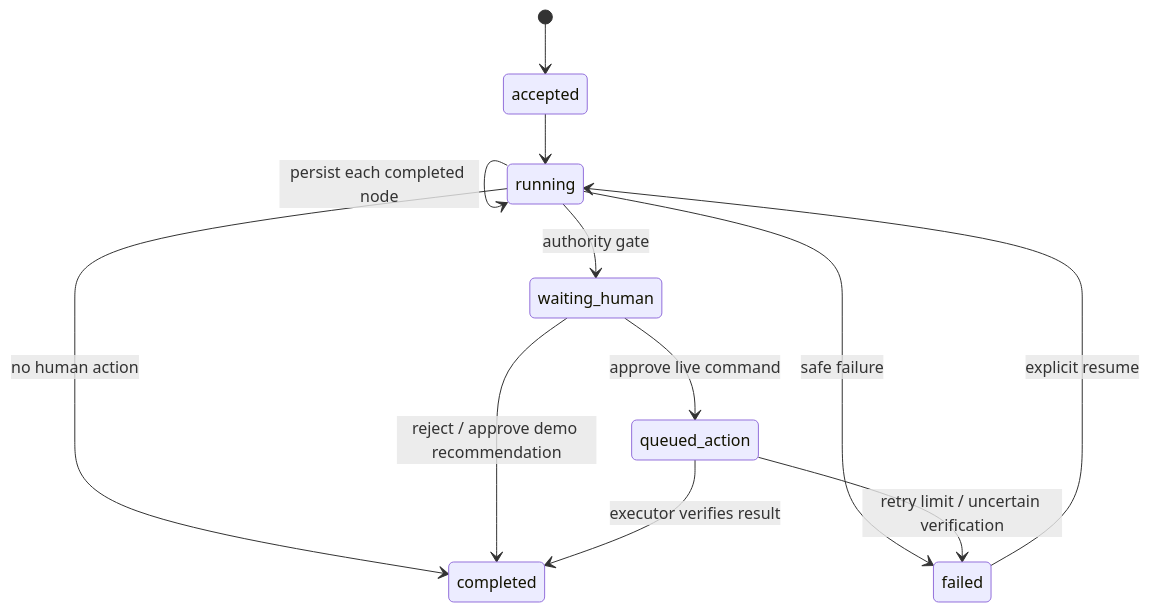
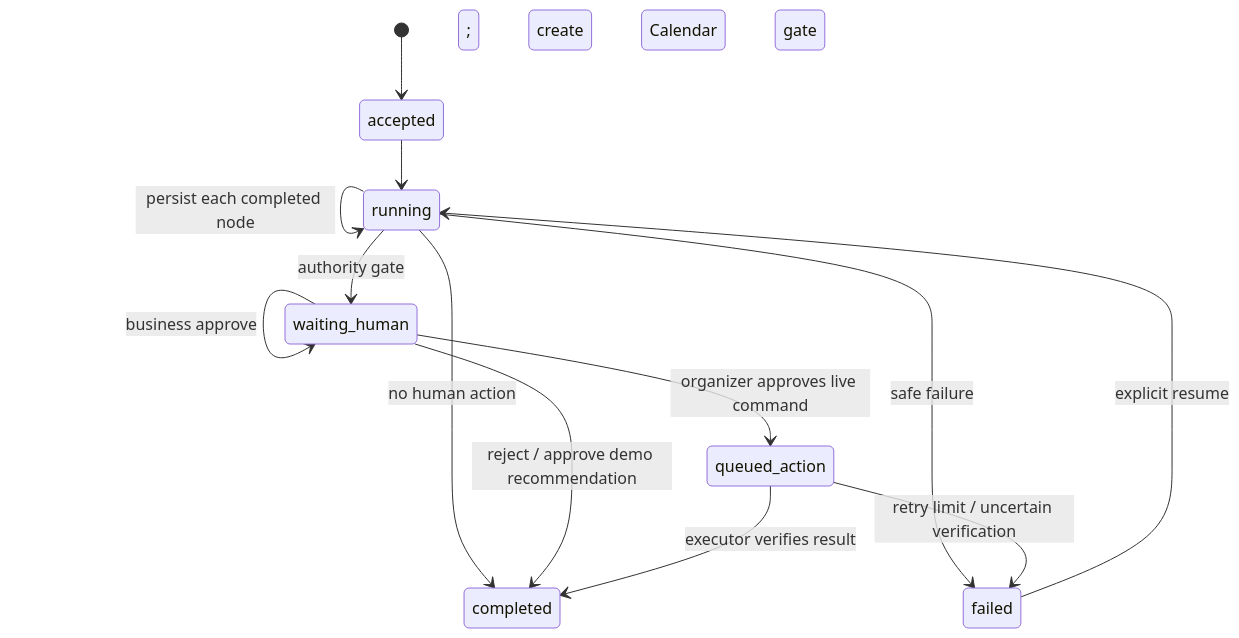
Before and after one commit to Shiv-aurora/nobs: the third of 4 diagrams in docs/ARCHITECTURE.md, drawn with Mermaid. The commit also changed other lines of this file and 33 other files, not shown here.

````diff
--- a/docs/ARCHITECTURE.md
+++ b/docs/ARCHITECTURE.md
@@ -87,14 +95,15 @@
 ```mermaid
 stateDiagram-v2
   [*] --> accepted
   accepted --> running
   running --> running: persist each completed node
   running --> waiting_human: authority gate
   running --> completed: no human action
   running --> failed: safe failure
   failed --> running: explicit resume
+  waiting_human --> waiting_human: business approve; create Calendar gate
   waiting_human --> completed: reject / approve demo recommendation
-  waiting_human --> queued_action: approve live command
+  waiting_human --> queued_action: organizer approves live command
   queued_action --> completed: executor verifies result
   queued_action --> failed: retry limit / uncertain verification
 ```
````
